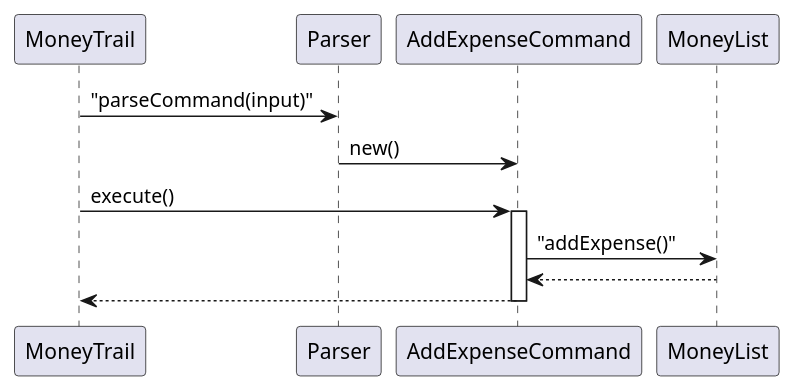
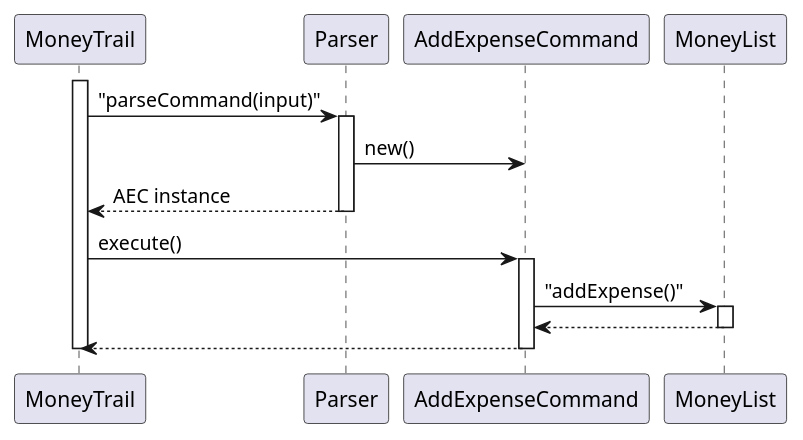
Before and after one commit to EdwinTun98/tp: the diagram in docs/diagrams/Command_Seq.puml, drawn with PlantUML. The commit also changed 24 other files, not shown here.

```diff
--- a/docs/diagrams/Command_Seq.puml
+++ b/docs/diagrams/Command_Seq.puml
@@ -1,15 +1,23 @@
-@startuml Command_Execution
+@startuml Command_Execution_Activation
 participant MoneyTrail
 participant Parser
 participant "AddExpenseCommand" as AEC
 participant MoneyList
 
+activate MoneyTrail
 MoneyTrail -> Parser : "parseCommand(input)"
+activate Parser
 Parser -> AEC : new()
+Parser --> MoneyTrail : AEC instance
+deactivate Parser
+
 MoneyTrail -> AEC : execute()
 activate AEC
 AEC -> MoneyList : "addExpense()"
+activate MoneyList
 MoneyList --> AEC
+deactivate MoneyList
 AEC --> MoneyTrail
 deactivate AEC
+deactivate MoneyTrail
 @enduml
```
